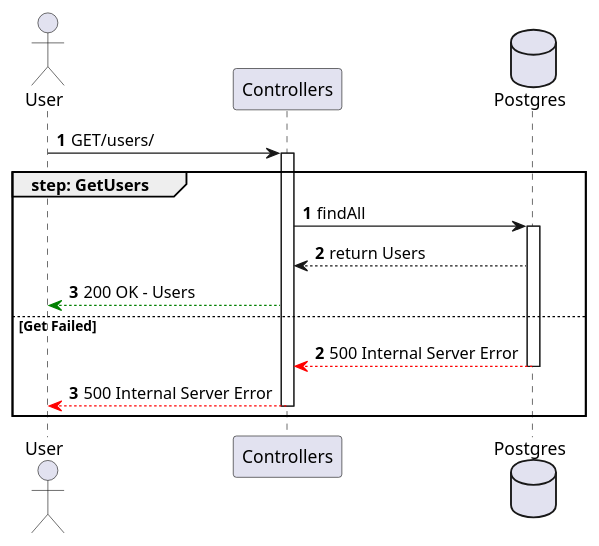
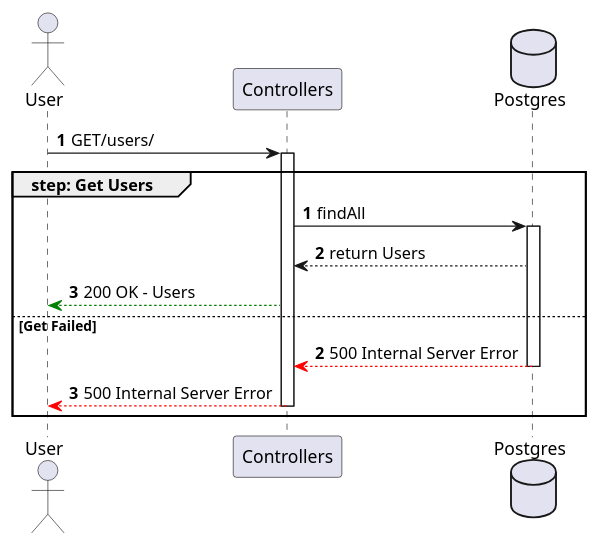
One commit to ShadowWalker1411/ProgrammazioneAvanzataREPO changed the diagram in sequence_diagrams/users/GetUsers.puml. Above: the diagram before and after it, drawn with PlantUML. The commit also changed 34 other files, not shown here.

```diff
--- a/sequence_diagrams/users/GetUsers.puml
+++ b/sequence_diagrams/users/GetUsers.puml
@@ -1,20 +1,20 @@
 @startuml getUsers
 
 actor User
 participant Controllers
 database Postgres
 
 autonumber
 User -> Controllers ++: GET/users/
 autonumber 1
-group step: GetUsers
+group step: Get Users
     Controllers -> Postgres ++: findAll
     Postgres --> Controllers: return Users
     Controllers --[#green]> User : 200 OK - Users
 else Get Failed
     autonumber 2
     Postgres --[#red]> Controllers --: 500 Internal Server Error
     Controllers --[#red]> User --: 500 Internal Server Error
 end
 
 @enduml
```
